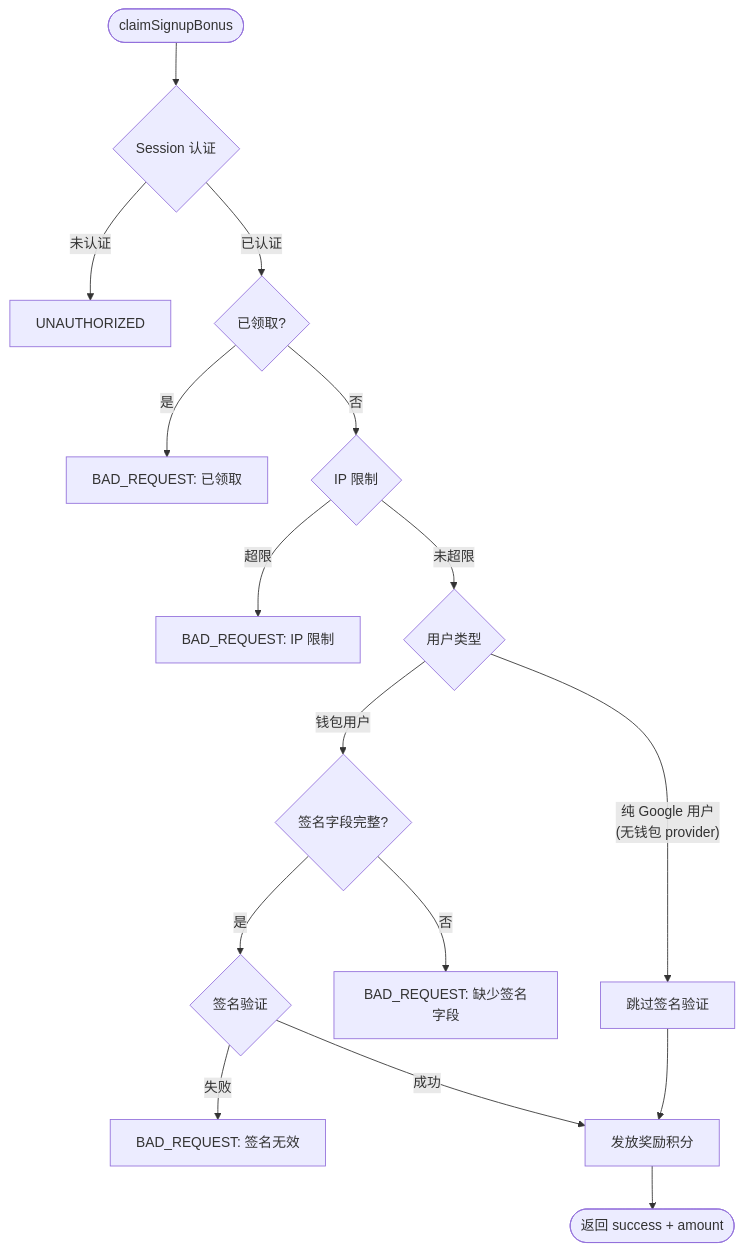
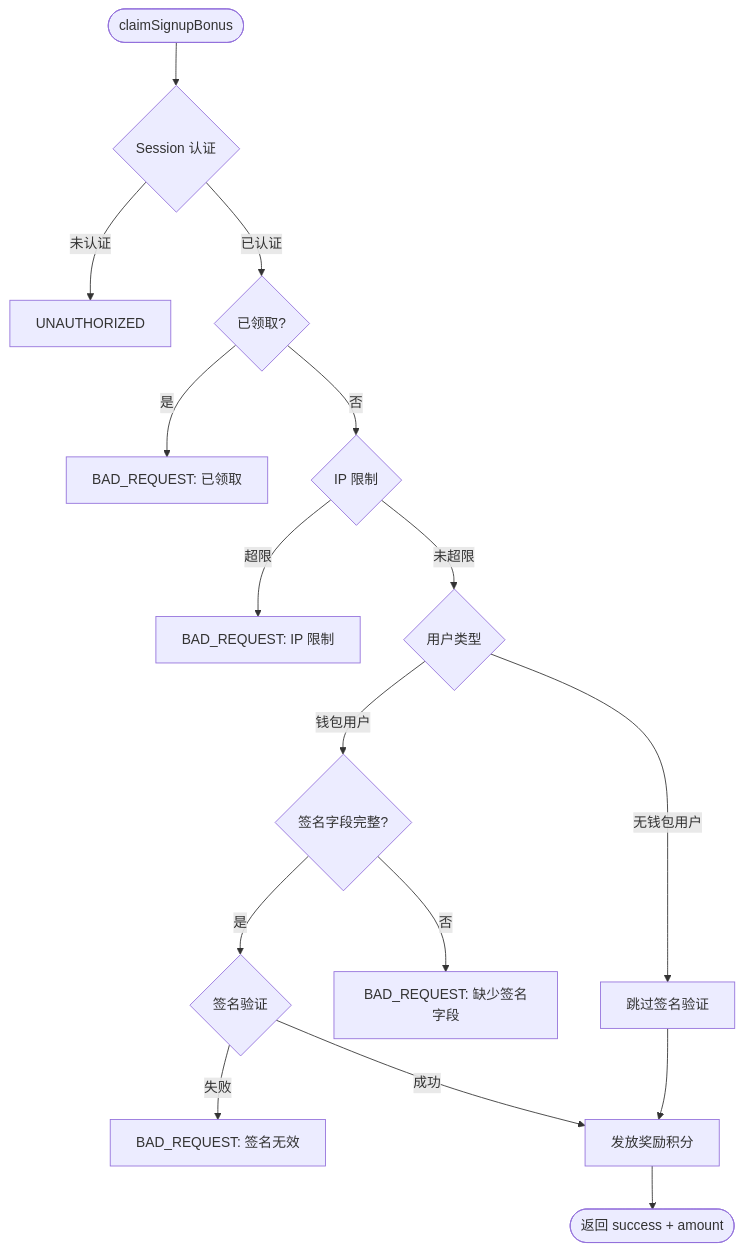
Diagram 11 of 11 in docs/google登录技术方案.md (RudolphHuang/openclaw_doc), drawn with Mermaid before and after one commit. The commit also changed other lines of this file, not shown here.

````diff
--- a/docs/google登录技术方案.md
+++ b/docs/google登录技术方案.md
@@ -782,21 +781,21 @@
 ```mermaid
 flowchart TB
     Start(["claimSignupBonus"]) --> Auth{"Session 认证"}
     Auth -->|未认证| Err1["UNAUTHORIZED"]
     Auth -->|已认证| CheckClaimed{"已领取?"}
     CheckClaimed -->|是| Err2["BAD_REQUEST: 已领取"]
     CheckClaimed -->|否| CheckIP{"IP 限制"}
     CheckIP -->|超限| Err3["BAD_REQUEST: IP 限制"]
     CheckIP -->|未超限| CheckUserType{"用户类型"}
 
-    CheckUserType -->|"纯 Google 用户\n(无钱包 provider)"| SkipSig["跳过签名验证"]
+    CheckUserType -->|"无钱包用户"| SkipSig["跳过签名验证"]
     CheckUserType -->|"钱包用户"| CheckSigFields{"签名字段完整?"}
 
     CheckSigFields -->|否| Err4["BAD_REQUEST: 缺少签名字段"]
     CheckSigFields -->|是| VerifySig{"签名验证"}
     VerifySig -->|失败| Err5["BAD_REQUEST: 签名无效"]
     VerifySig -->|成功| Grant["发放奖励积分"]
 
     SkipSig --> Grant
     Grant --> End(["返回 success + amount"])
 ```
````
